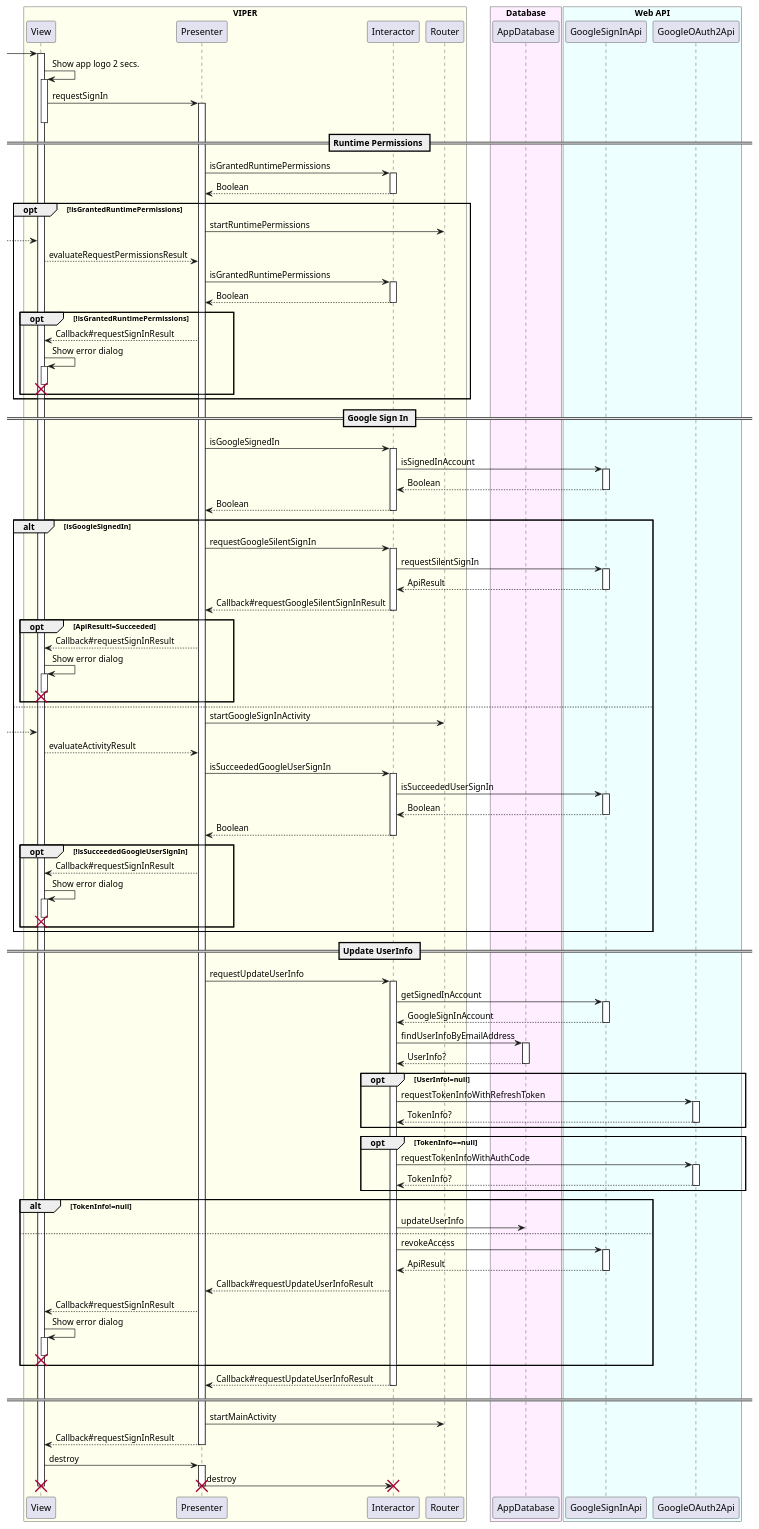
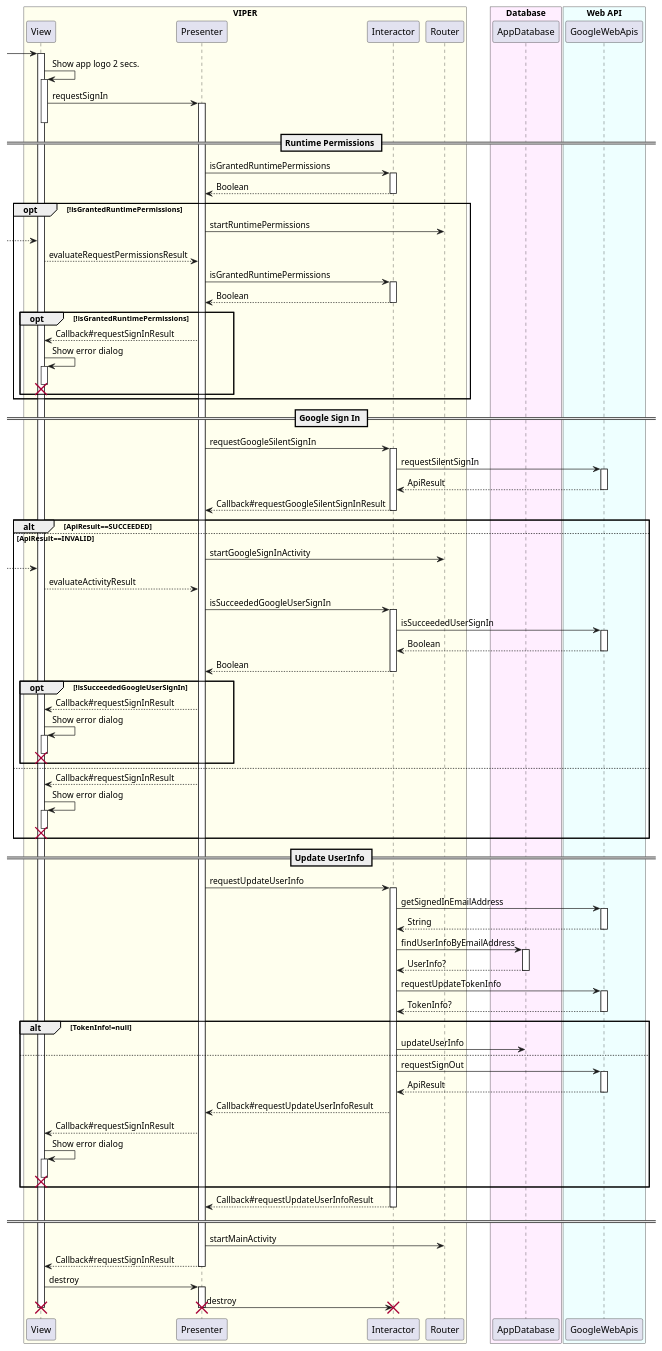
Before and after one commit to sallyluenoa/PhotoSlideShow: the diagram in uml/splash/sequence_diagram_splash.md, drawn with PlantUML. The commit also changed 12 other files, not shown here.

First line of the commit message:
Write UML for design #13

```diff
--- a/uml/splash/sequence_diagram_splash.md
+++ b/uml/splash/sequence_diagram_splash.md
@@ -11,8 +11,7 @@
 end box
 
 box "Web API" #EEFFFF
-  participant GoogleSignInApi
-  participant GoogleOAuth2Api
+  participant GoogleWebApis
 end box
 
 
@@ -45,30 +44,21 @@
 
 == Google Sign In ==
 
-Presenter -> Interactor++: isGoogleSignedIn
-  Interactor -> GoogleSignInApi++: isSignedInAccount
-  return Boolean
-return Boolean
+Presenter -> Interactor++: requestGoogleSilentSignIn
+  Interactor -> GoogleWebApis++: requestSilentSignIn
+  return ApiResult
+return Callback#requestGoogleSilentSignInResult
 
-alt isGoogleSignedIn
-  Presenter -> Interactor++: requestGoogleSilentSignIn
-    Interactor -> GoogleSignInApi++: requestSilentSignIn
-    return ApiResult
-  return Callback#requestGoogleSilentSignInResult
+alt ApiResult==SUCCEEDED
 
-  opt ApiResult!=Succeeded
-    View <-- Presenter: Callback#requestSignInResult
-    View -> View++: Show error dialog
-    destroy View
-  end
+else ApiResult==INVALID
 
-else
   Presenter -> Router: startGoogleSignInActivity
   [--> View
   View --> Presenter: evaluateActivityResult
 
   Presenter -> Interactor++: isSucceededGoogleUserSignIn
-    Interactor -> GoogleSignInApi++: isSucceededUserSignIn
+    Interactor -> GoogleWebApis++: isSucceededUserSignIn
     return Boolean  
   return Boolean
 
@@ -77,32 +67,30 @@
     View -> View++: Show error dialog
     destroy View
   end
+
+else
+    View <-- Presenter: Callback#requestSignInResult
+    View -> View++: Show error dialog
+    destroy View
 end
 
 == Update UserInfo ==
 
 Presenter -> Interactor++: requestUpdateUserInfo
 
-Interactor -> GoogleSignInApi++: getSignedInAccount
-return GoogleSignInAccount
+Interactor -> GoogleWebApis++: getSignedInEmailAddress
+return String
 
 Interactor -> AppDatabase++: findUserInfoByEmailAddress
 return UserInfo?
 
-opt UserInfo!=null
-  Interactor -> GoogleOAuth2Api++: requestTokenInfoWithRefreshToken
-  return TokenInfo?
-end
-
-opt TokenInfo==null
-  Interactor -> GoogleOAuth2Api++: requestTokenInfoWithAuthCode
-  return TokenInfo?
-end
+Interactor -> GoogleWebApis++: requestUpdateTokenInfo
+return TokenInfo?
 
 alt TokenInfo!=null
   Interactor -> AppDatabase: updateUserInfo
 else
-  Interactor -> GoogleSignInApi++: revokeAccess
+  Interactor -> GoogleWebApis++: requestSignOut
   return ApiResult
   Presenter <-- Interactor: Callback#requestUpdateUserInfoResult
   View <-- Presenter: Callback#requestSignInResult
@@ -121,5 +109,4 @@
 Presenter -> Interactor!!: destroy
 destroy Presenter
 destroy View
-
 @enduml
```
